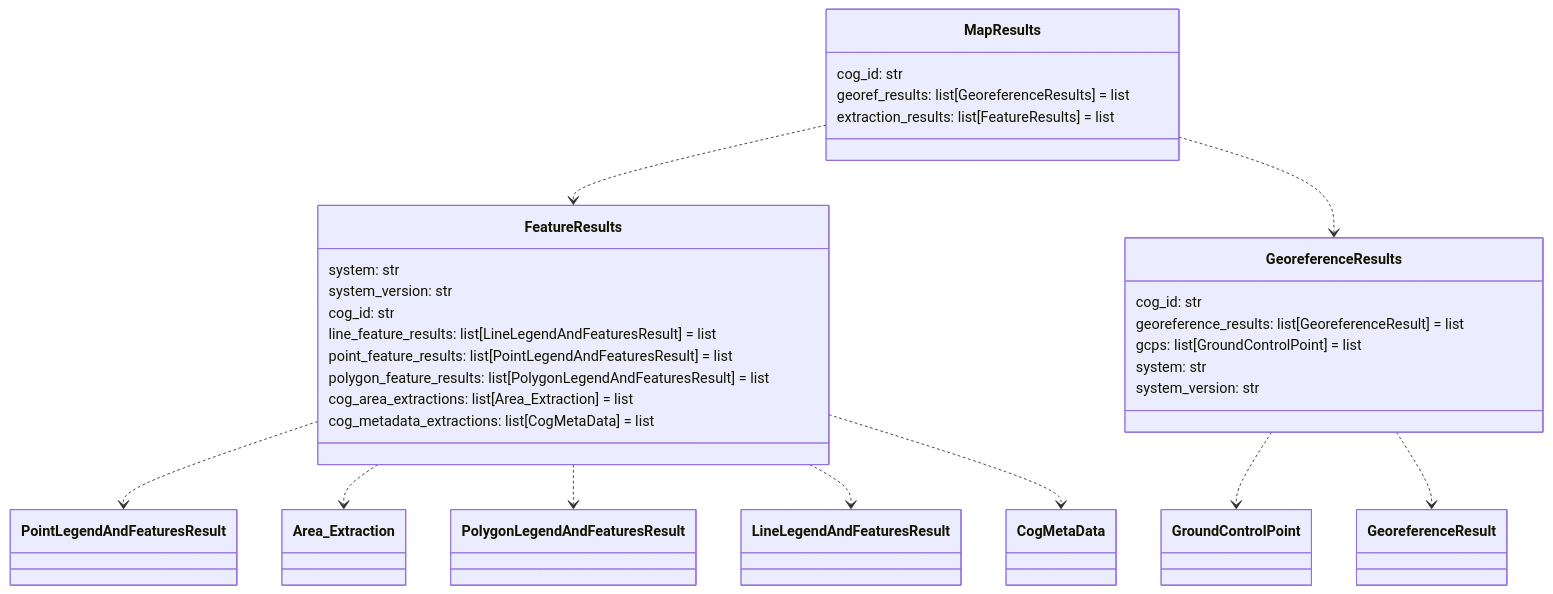
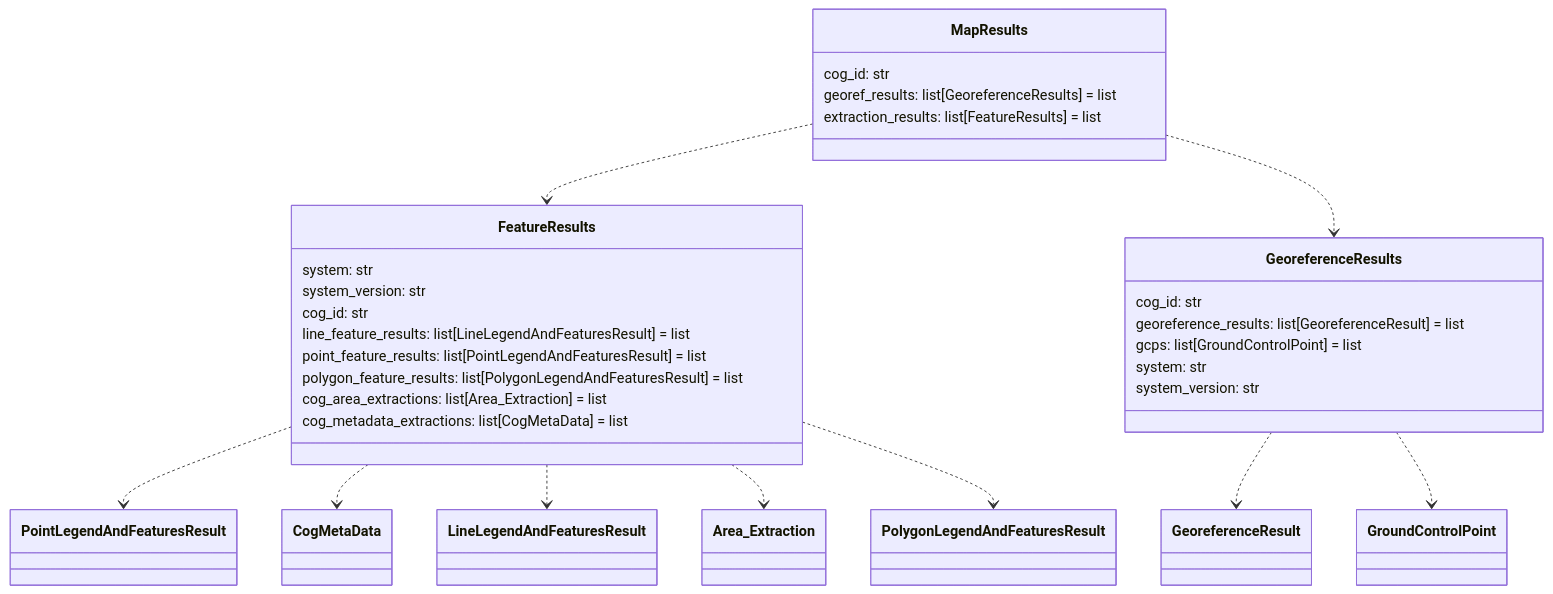
Before and after one commit to DARPA-CRITICALMAAS/cdr_schemas: diagram 11 of 14 in README.md, drawn with Mermaid. The commit also changed other lines of this file and 1 other file, not shown here.

````diff
--- a/README.md
+++ b/README.md
@@ -937,40 +937,40 @@
 ```mermaid
 classDiagram
-
-    class MapResults {
-        cog_id: str
-        georef_results: list[GeoreferenceResults] = list
-        extraction_results: list[FeatureResults] = list
-    }
 
     class FeatureResults {
         system: str
         system_version: str
         cog_id: str
         line_feature_results: list[LineLegendAndFeaturesResult] = list
         point_feature_results: list[PointLegendAndFeaturesResult] = list
         polygon_feature_results: list[PolygonLegendAndFeaturesResult] = list
         cog_area_extractions: list[Area_Extraction] = list
         cog_metadata_extractions: list[CogMetaData] = list
     }
 
     class GeoreferenceResults {
         cog_id: str
         georeference_results: list[GeoreferenceResult] = list
         gcps: list[GroundControlPoint] = list
         system: str
         system_version: str
     }
 
+    class MapResults {
+        cog_id: str
+        georef_results: list[GeoreferenceResults] = list
+        extraction_results: list[FeatureResults] = list
+    }
+
     FeatureResults ..> PointLegendAndFeaturesResult
+    FeatureResults ..> CogMetaData
+    FeatureResults ..> LineLegendAndFeaturesResult
     FeatureResults ..> Area_Extraction
     FeatureResults ..> PolygonLegendAndFeaturesResult
-    FeatureResults ..> LineLegendAndFeaturesResult
-    FeatureResults ..> CogMetaData
+    GeoreferenceResults ..> GeoreferenceResult
     GeoreferenceResults ..> GroundControlPoint
-    GeoreferenceResults ..> GeoreferenceResult
     MapResults ..> FeatureResults
     MapResults ..> GeoreferenceResults
 
 
 ```
````
